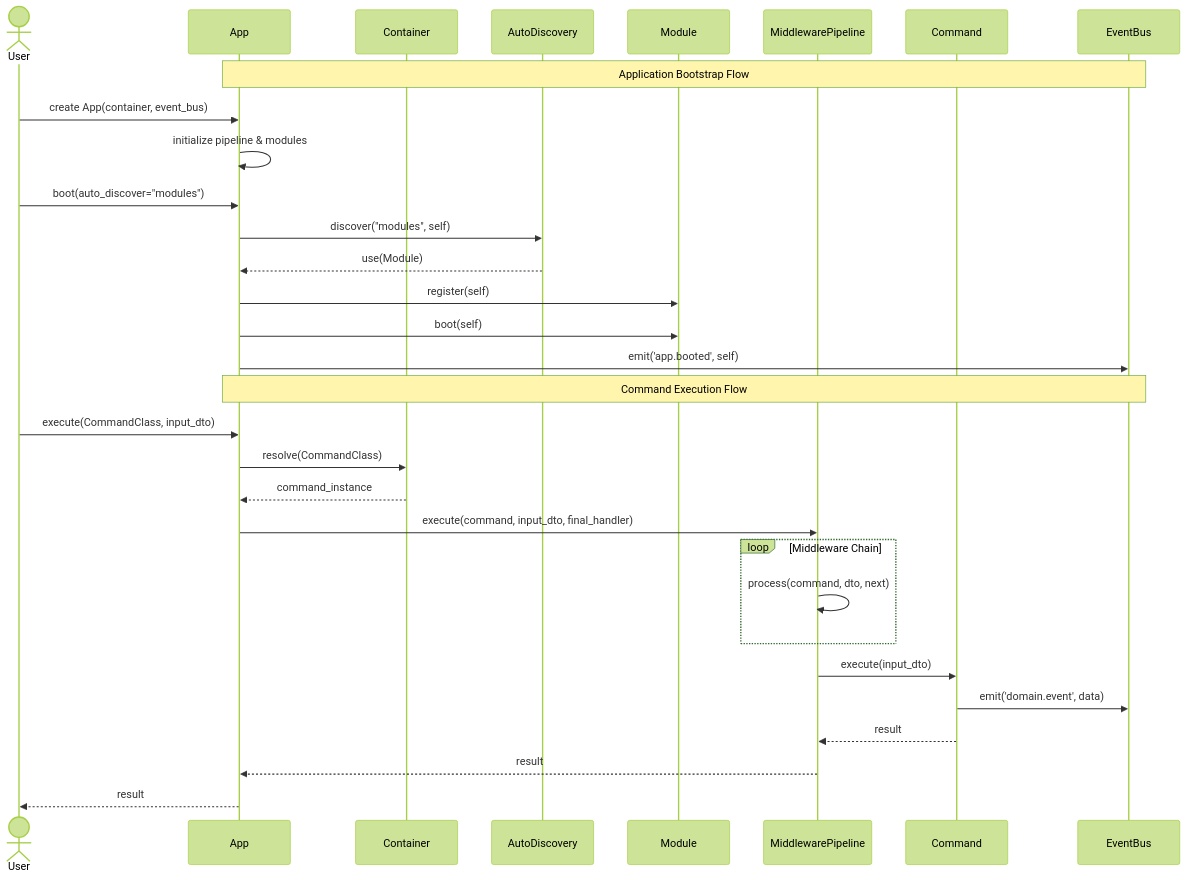
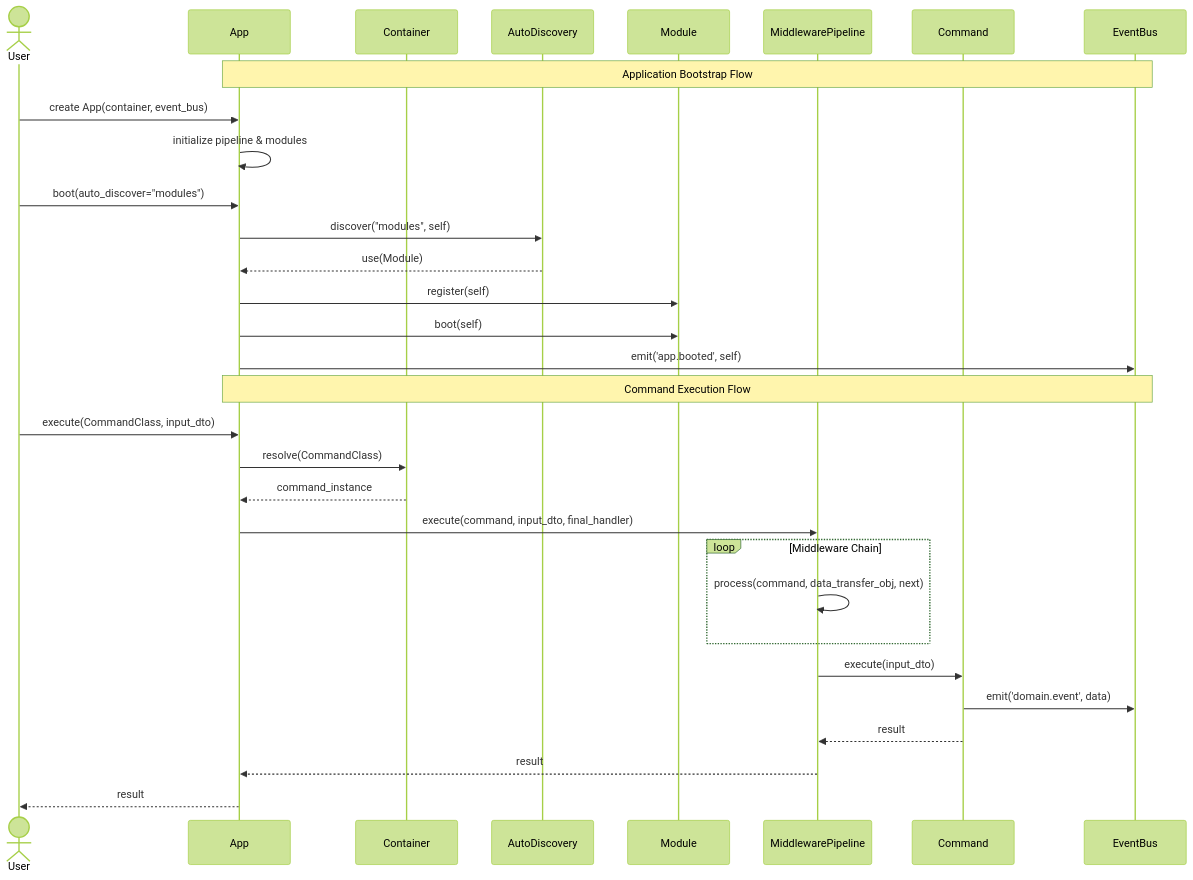
Before and after one commit to anhembedded/Sagittarius-Engine: the fifth of 7 diagrams in docs/architecture.md, drawn with Mermaid (forest theme). The commit also changed other lines of this file and 6 other files, not shown here.

Commit message:
refactor: Replace 'dto' with 'data_transfer_obj' for consistency across the codebase

````diff
--- a/docs/architecture.md
+++ b/docs/architecture.md
@@ -355,43 +355,43 @@
 ```mermaid
 sequenceDiagram
     actor User
     participant App
     participant Container
     participant AutoDiscovery
     participant Module
     participant MiddlewarePipeline
     participant Command
     participant EventBus
 
     %% Bootstrap Flow
     Note over App, EventBus: Application Bootstrap Flow
     User->>App: create App(container, event_bus)
     App->>App: initialize pipeline & modules
     User->>App: boot(auto_discover="modules")
 
     App->>AutoDiscovery: discover("modules", self)
     AutoDiscovery-->>App: use(Module)
     App->>Module: register(self)
 
     App->>Module: boot(self)
     App->>EventBus: emit('app.booted', self)
 
     %% Execute Command Flow
     Note over App, EventBus: Command Execution Flow
     User->>App: execute(CommandClass, input_dto)
     App->>Container: resolve(CommandClass)
     Container-->>App: command_instance
 
     App->>MiddlewarePipeline: execute(command, input_dto, final_handler)
 
     %% Note: using a loop here is a simplified way to represent the recursive middleware chain
     loop Middleware Chain
-        MiddlewarePipeline->>MiddlewarePipeline: process(command, dto, next)
+        MiddlewarePipeline->>MiddlewarePipeline: process(command, data_transfer_obj, next)
     end
 
     MiddlewarePipeline->>Command: execute(input_dto)
     Command->>EventBus: emit('domain.event', data)
     Command-->>MiddlewarePipeline: result
     MiddlewarePipeline-->>App: result
     App-->>User: result
 ```
````
